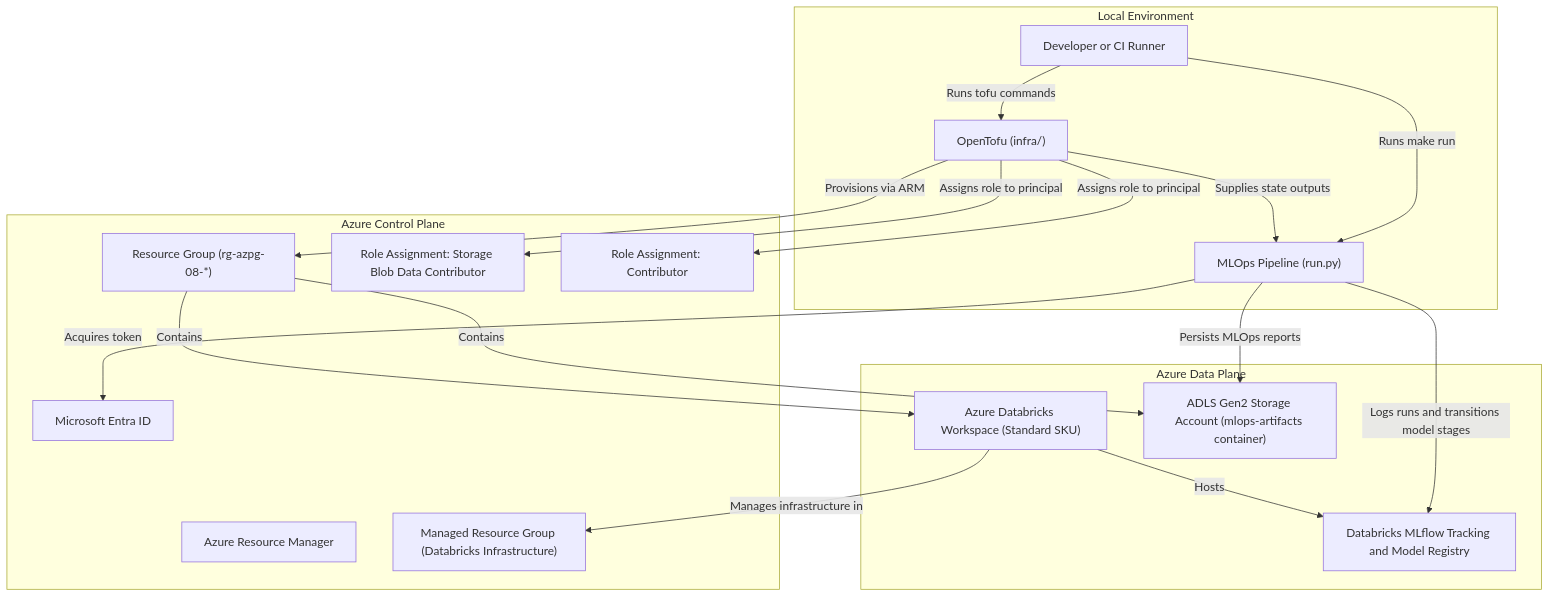
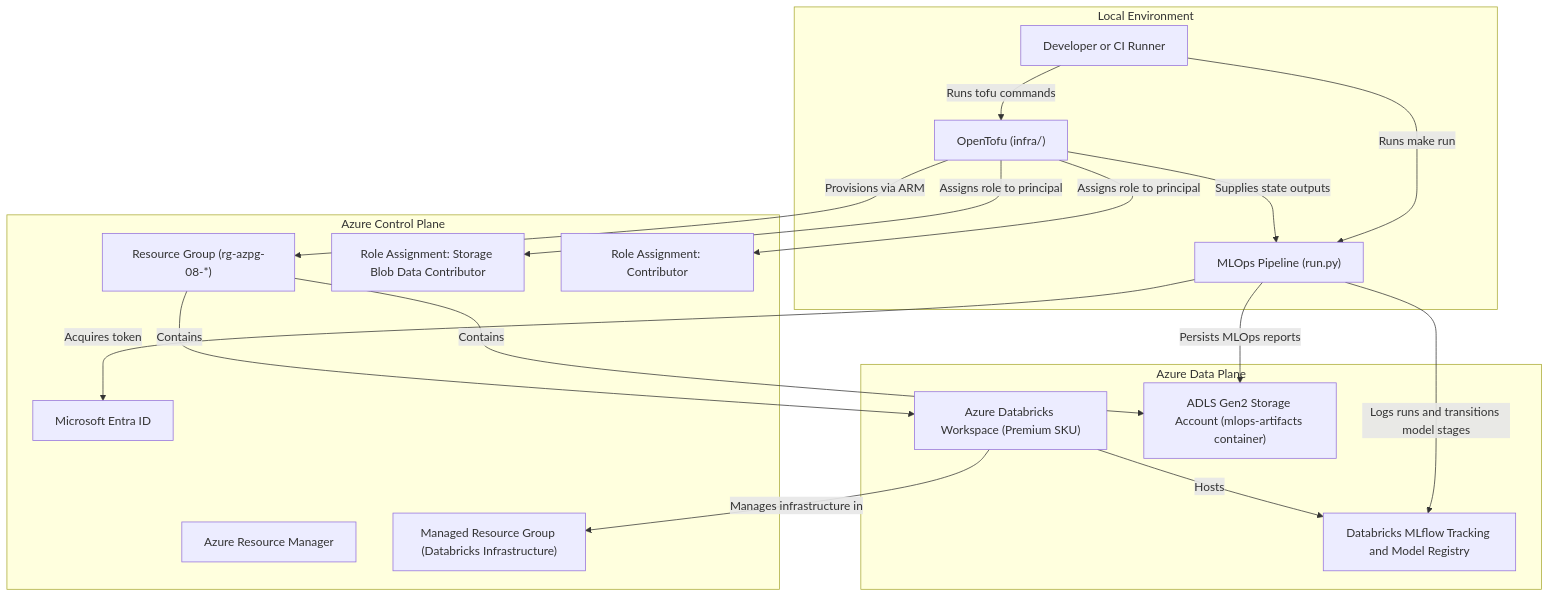
Before and after one commit to habedi/azure-projects: the first of 2 diagrams in projects/08-mlops-databricks/README.md, drawn with Mermaid. The commit also changed 3 other files, not shown here.

````diff
--- a/projects/08-mlops-databricks/README.md
+++ b/projects/08-mlops-databricks/README.md
@@ -7,37 +7,37 @@
 ```mermaid
 flowchart TD
     subgraph Local["Local Environment"]
         User["Developer or CI Runner"]
         Tofu["OpenTofu (infra/)"]
         PythonRunner["MLOps Pipeline (run.py)"]
     end
 
     subgraph AzureControlPlane["Azure Control Plane"]
         Entra["Microsoft Entra ID"]
         ARM["Azure Resource Manager"]
         RG["Resource Group (rg-azpg-08-*)"]
         ManagedRG["Managed Resource Group (Databricks Infrastructure)"]
         RoleAssignStorage["Role Assignment: Storage Blob Data Contributor"]
         RoleAssignDatabricks["Role Assignment: Contributor"]
     end
 
     subgraph AzureDataPlane["Azure Data Plane"]
-        DatabricksWorkspace["Azure Databricks Workspace (Standard SKU)"]
+        DatabricksWorkspace["Azure Databricks Workspace (Premium SKU)"]
         MLflowService["Databricks MLflow Tracking and Model Registry"]
         StorageAccount["ADLS Gen2 Storage Account (mlops-artifacts container)"]
     end
 
     User -->|" Runs tofu commands "| Tofu
     Tofu -->|" Provisions via ARM "| RG
     RG -->|" Contains "| DatabricksWorkspace
     RG -->|" Contains "| StorageAccount
     DatabricksWorkspace -->|" Manages infrastructure in "| ManagedRG
     DatabricksWorkspace -->|" Hosts "| MLflowService
     Tofu -->|" Assigns role to principal "| RoleAssignStorage
     Tofu -->|" Assigns role to principal "| RoleAssignDatabricks
     Tofu -->|" Supplies state outputs "| PythonRunner
     User -->|" Runs make run "| PythonRunner
     PythonRunner -->|" Acquires token "| Entra
     PythonRunner -->|" Logs runs and transitions model stages "| MLflowService
     PythonRunner -->|" Persists MLOps reports "| StorageAccount
 ```
````
